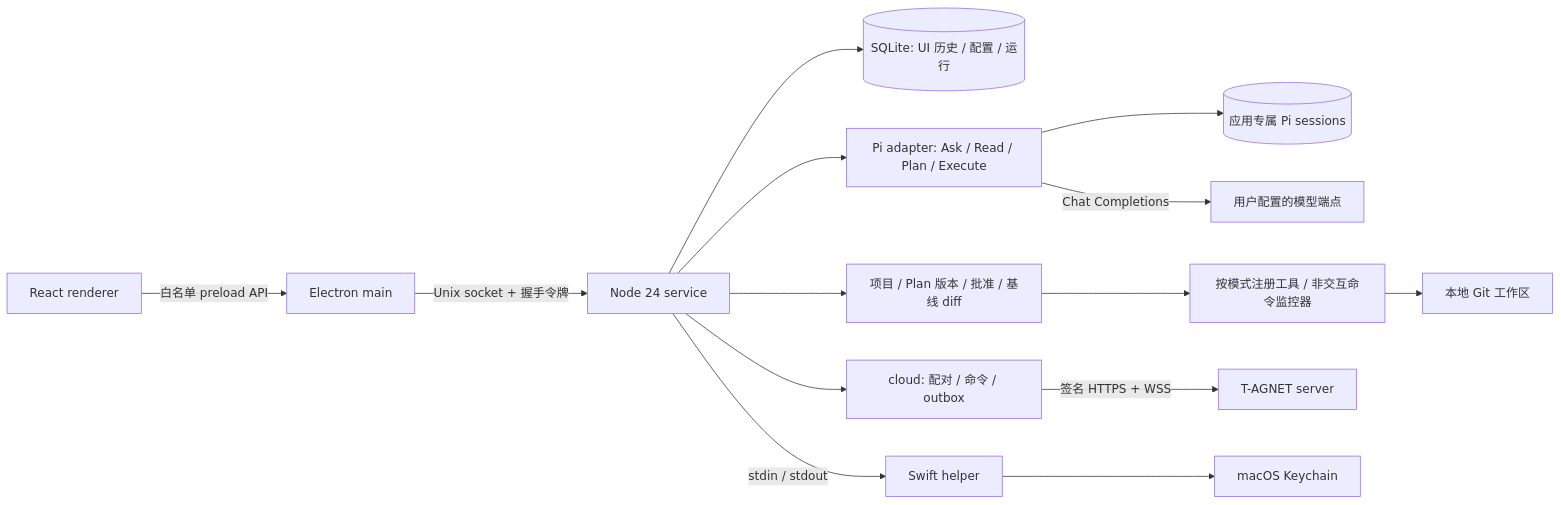
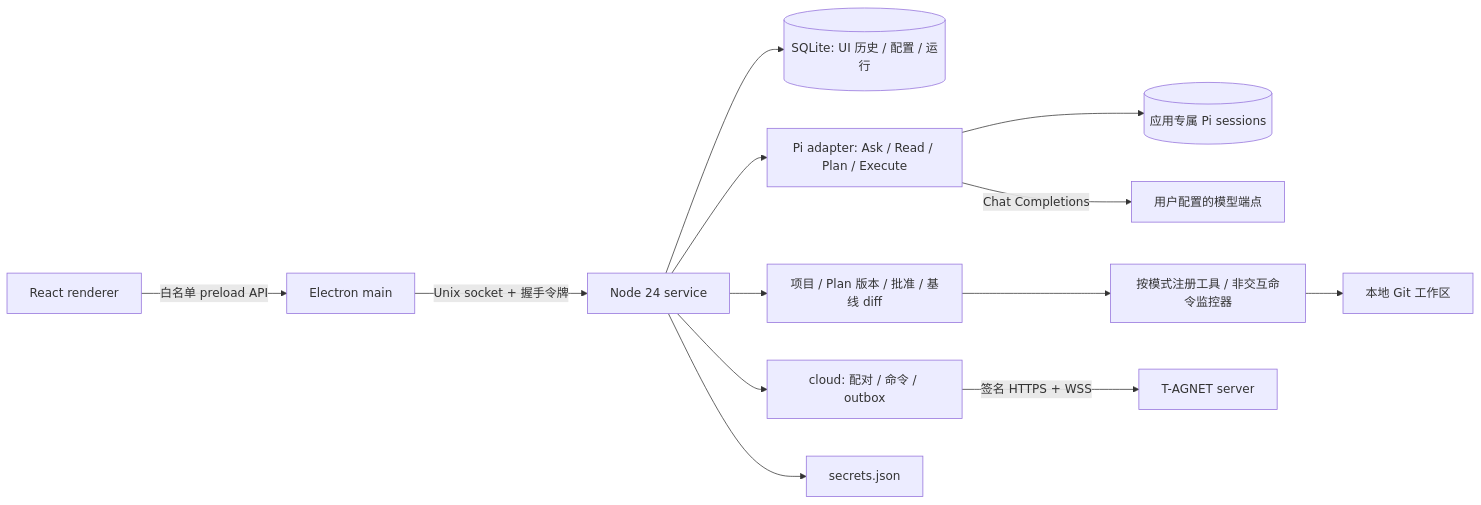
Before and after one commit to TYzzt/PI-BOT: the diagram in desktop/README.md, drawn with Mermaid. The commit also changed other lines of this file and 162 other files, not shown here.

````diff
--- a/desktop/README.md
+++ b/desktop/README.md
@@ -55,16 +59,15 @@
 ```mermaid
 flowchart LR
   UI[React renderer] -->|白名单 preload API| Main[Electron main]
   Main -->|Unix socket + 握手令牌| Service[Node 24 service]
   Service --> Store[(SQLite: UI 历史 / 配置 / 运行)]
   Service --> Pi[Pi adapter: Ask / Read / Plan / Execute]
   Pi --> Sessions[(应用专属 Pi sessions)]
   Service --> Coding[项目 / Plan 版本 / 批准 / 基线 diff]
   Coding --> Tools[按模式注册工具 / 非交互命令监控器]
   Tools --> Repo[本地 Git 工作区]
   Pi -->|Chat Completions| Model[用户配置的模型端点]
   Service --> Cloud[cloud: 配对 / 命令 / outbox]
   Cloud -->|签名 HTTPS + WSS| Server[T-AGNET server]
-  Service -->|stdin / stdout| Helper[Swift helper]
-  Helper --> Keychain[macOS Keychain]
+  Service --> Secrets[secrets.json]
 ```
````
